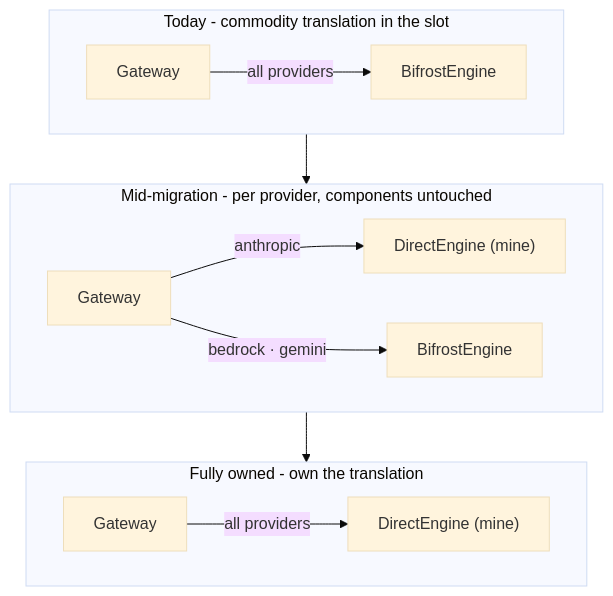
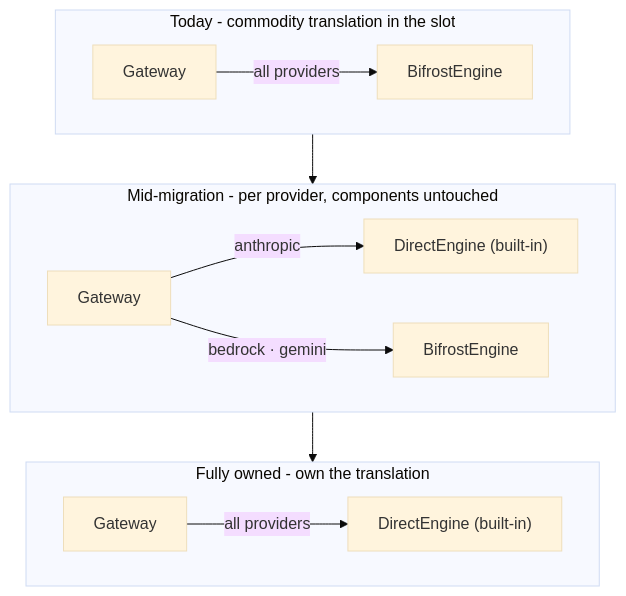
The fifth of 7 diagrams in ARCHITECTURE.md (siva010928/agnos-proxy-oss), drawn with Mermaid (base theme) before and after one commit. The commit also changed other lines of this file and 11 other files, not shown here.

````diff
--- a/ARCHITECTURE.md
+++ b/ARCHITECTURE.md
@@ -135,14 +135,14 @@
 ```mermaid
 flowchart TB
   subgraph T["Today - commodity translation in the slot"]
     g1["Gateway"] -->|all providers| bif1["BifrostEngine"]
   end
   subgraph M["Mid-migration - per provider, components untouched"]
-    g2["Gateway"] -->|anthropic| dir2["DirectEngine (mine)"]
+    g2["Gateway"] -->|anthropic| dir2["DirectEngine (built-in)"]
     g2 -->|bedrock · gemini| bif2["BifrostEngine"]
   end
   subgraph F["Fully owned - own the translation"]
-    g3["Gateway"] -->|all providers| dir3["DirectEngine (mine)"]
+    g3["Gateway"] -->|all providers| dir3["DirectEngine (built-in)"]
   end
   T --> M --> F
 ```
````
